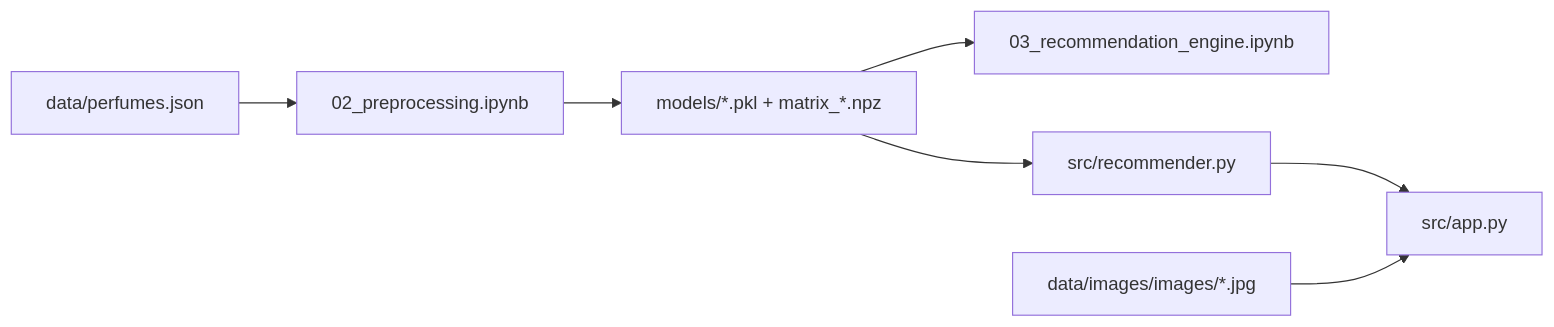
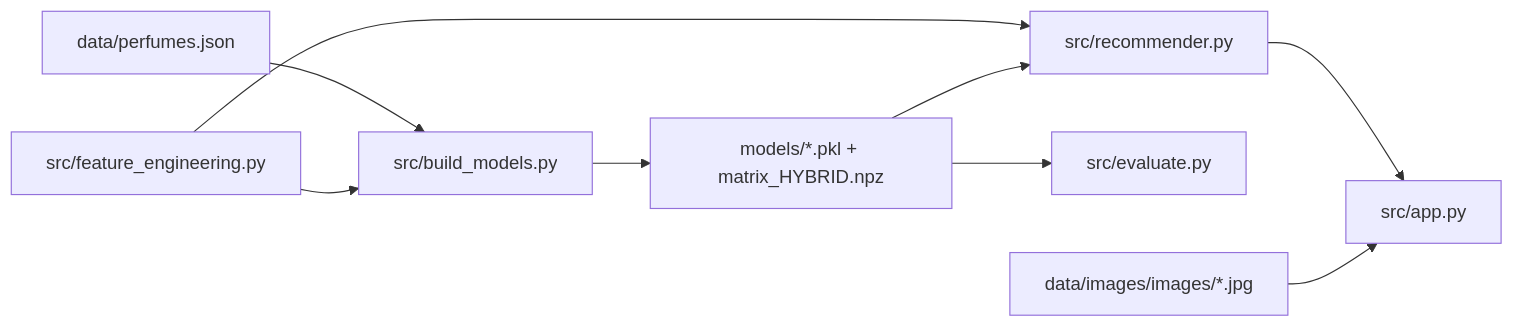
One commit to unknownhaha/Perfume-Recommendation changed the diagram in perfume_recommender/AGENTS.md. Above: the diagram before and after it, drawn with Mermaid. The commit also changed other lines of this file and 11 other files, not shown here.

````diff
--- a/perfume_recommender/AGENTS.md
+++ b/perfume_recommender/AGENTS.md
@@ -20,16 +31,20 @@
 ```mermaid
 flowchart LR
     json["data/perfumes.json"]
-    nb02["02_preprocessing.ipynb"]
-    artifacts["models/*.pkl + matrix_*.npz"]
-    nb03["03_recommendation_engine.ipynb"]
+    fe["src/feature_engineering.py"]
+    build["src/build_models.py"]
+    artifacts["models/*.pkl + matrix_HYBRID.npz"]
     rec["src/recommender.py"]
+    evalpy["src/evaluate.py"]
     app["src/app.py"]
     imgs["data/images/images/*.jpg"]
 
-    json --> nb02 --> artifacts
-    artifacts --> nb03
+    json --> build
+    fe --> build
+    build --> artifacts
+    fe --> rec
     artifacts --> rec
+    artifacts --> evalpy
     rec --> app
     imgs --> app
 ```
````
